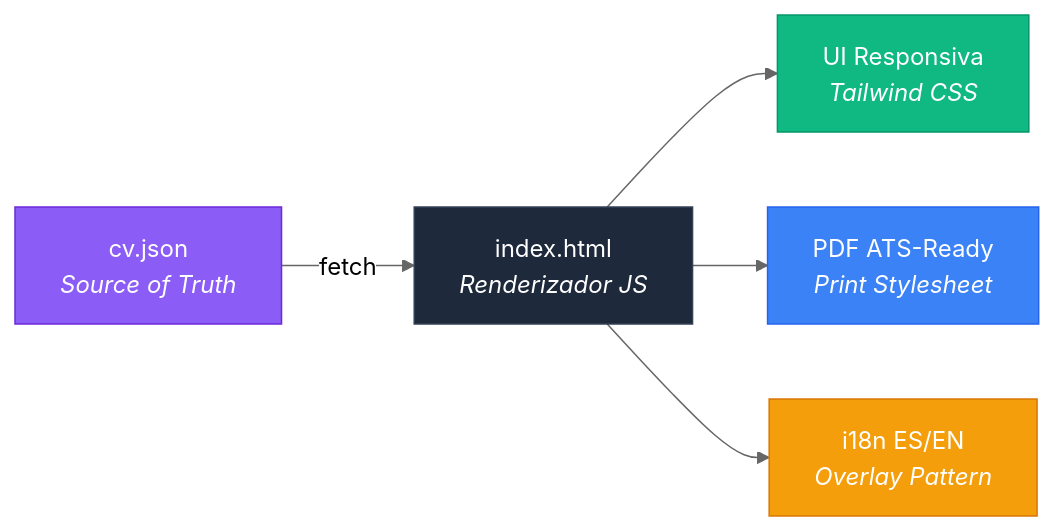
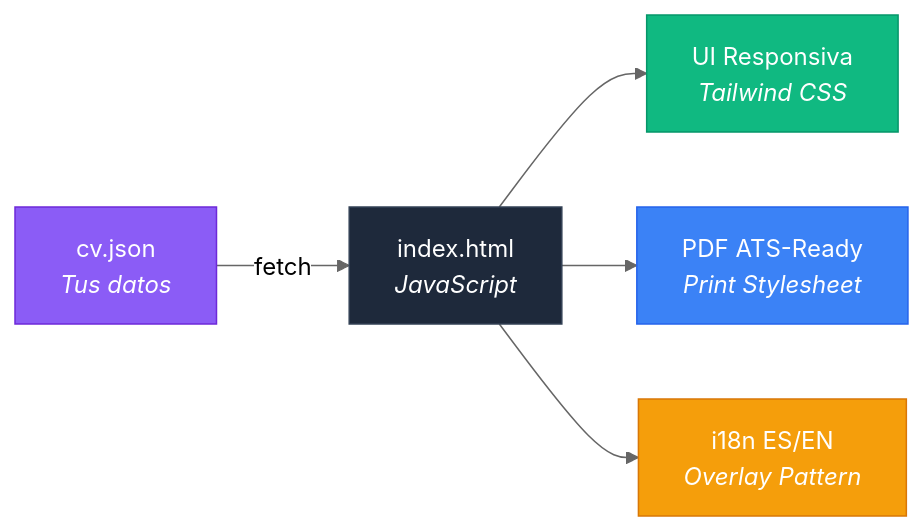
One commit to ancrz/cv-digital changed the first of 2 diagrams in README.md. Above: the diagram before and after it, drawn with Mermaid (neutral theme). The commit also changed other lines of this file and 2 other files, not shown here.

````diff
--- a/README.md
+++ b/README.md
@@ -46,13 +256,13 @@
 ```mermaid
 flowchart LR
-    A["cv.json<br/><i>Source of Truth</i>"] -->|fetch| B["index.html<br/><i>Renderizador JS</i>"]
+    A["cv.json<br/><i>Tus datos</i>"] -->|fetch| B["index.html<br/><i>JavaScript</i>"]
     B --> C["UI Responsiva<br/><i>Tailwind CSS</i>"]
     B --> D["PDF ATS-Ready<br/><i>Print Stylesheet</i>"]
     B --> E["i18n ES/EN<br/><i>Overlay Pattern</i>"]
 
     style A fill:#8B5CF6,stroke:#6D28D9,color:#fff
     style B fill:#1E293B,stroke:#334155,color:#fff
     style C fill:#10B981,stroke:#059669,color:#fff
     style D fill:#3B82F6,stroke:#2563EB,color:#fff
     style E fill:#F59E0B,stroke:#D97706,color:#fff
 ```
````
